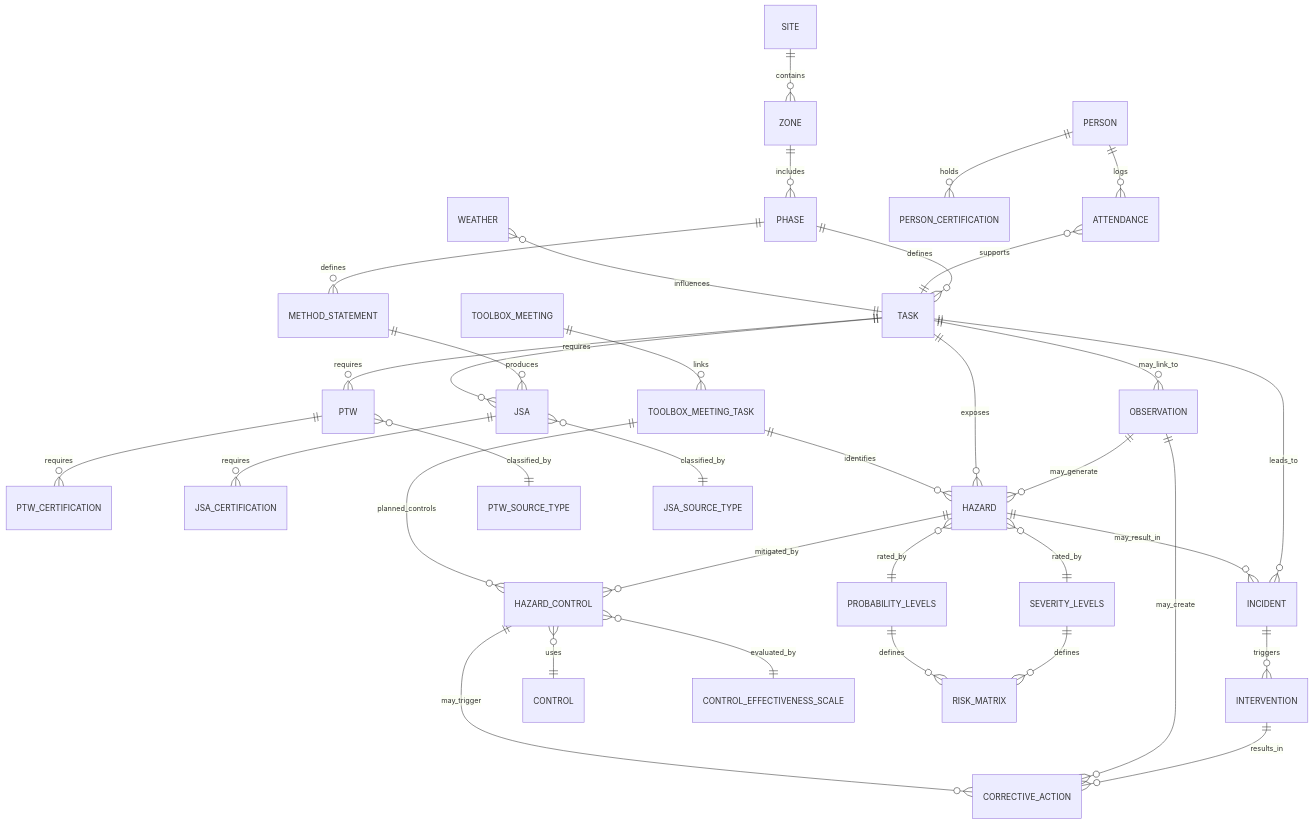
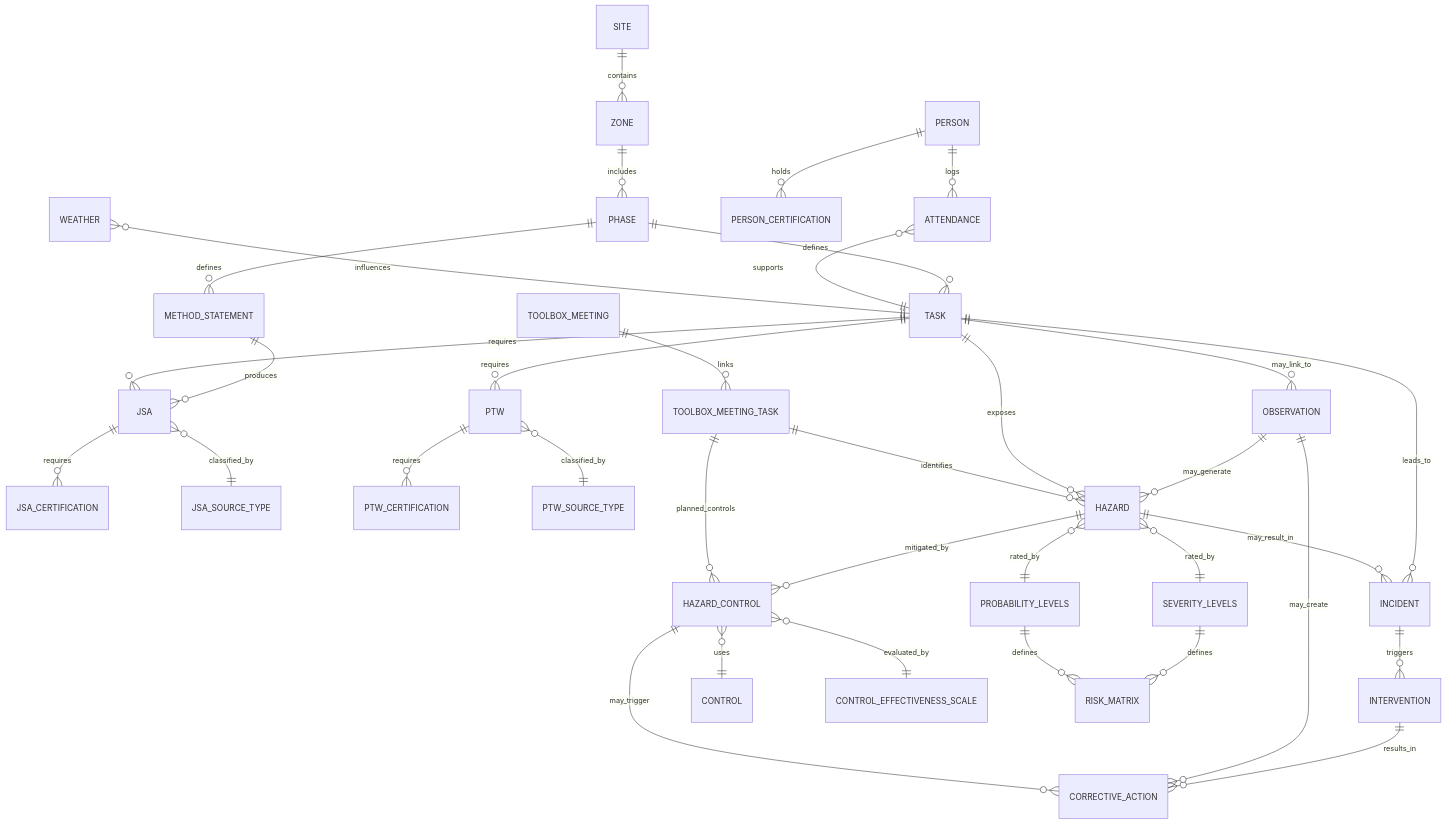
The diagram in README.md (Euchie23/HSEQ_Risk_Intel), drawn with Mermaid before and after one commit. The commit also changed other lines of this file, not shown here.

````diff
--- a/README.md
+++ b/README.md
@@ -58,51 +58,51 @@
 ```mermaid
 erDiagram
     SITE ||--o{ ZONE : contains
     ZONE ||--o{ PHASE : includes
     PHASE ||--o{ TASK : defines
     PHASE ||--o{ METHOD_STATEMENT : defines
     METHOD_STATEMENT ||--o{ JSA : produces
 
+    JSA ||--o{ JSA_CERTIFICATION : requires
+    JSA }o--|| JSA_SOURCE_TYPE : classified_by
+
+    PTW ||--o{ PTW_CERTIFICATION : requires
+    PTW }o--|| PTW_SOURCE_TYPE : classified_by
+
     PERSON ||--o{ ATTENDANCE : logs
     ATTENDANCE }o--|| TASK : supports
 
     TASK ||--o{ PTW : requires
     TASK ||--o{ JSA : requires
 
     PERSON ||--o{ PERSON_CERTIFICATION : holds
-    PTW ||--o{ PTW_CERTIFICATION : requires
-    JSA ||--o{ JSA_CERTIFICATION : requires
 
     TASK ||--o{ INCIDENT : leads_to
     INCIDENT ||--o{ INTERVENTION : triggers
     INTERVENTION ||--o{ CORRECTIVE_ACTION : results_in
 
     TASK ||--o{ OBSERVATION  : may_link_to
     OBSERVATION ||--o{ HAZARD : may_generate
     OBSERVATION ||--o{ CORRECTIVE_ACTION : may_create
 
     TASK ||--o{ HAZARD : exposes
     HAZARD ||--o{ HAZARD_CONTROL : mitigated_by
     HAZARD_CONTROL }o--|| CONTROL : uses
     HAZARD_CONTROL }o--|| CONTROL_EFFECTIVENESS_SCALE : evaluated_by
 
     HAZARD }o--|| SEVERITY_LEVELS : rated_by
     HAZARD }o--|| PROBABILITY_LEVELS : rated_by
     SEVERITY_LEVELS ||--o{ RISK_MATRIX : defines
     PROBABILITY_LEVELS ||--o{ RISK_MATRIX : defines
 
    
     HAZARD_CONTROL ||--o{ CORRECTIVE_ACTION : may_trigger
     HAZARD ||--o{ INCIDENT : may_result_in
 
 
     TOOLBOX_MEETING ||--o{ TOOLBOX_MEETING_TASK : links
     TOOLBOX_MEETING_TASK ||--o{ HAZARD : identifies
     TOOLBOX_MEETING_TASK ||--o{ HAZARD_CONTROL : planned_controls
 
     WEATHER }o--|| TASK : influences
-
-    PTW }o--|| PTW_SOURCE_TYPE : classified_by
-    JSA }o--|| JSA_SOURCE_TYPE : classified_by
-
 ```
````
